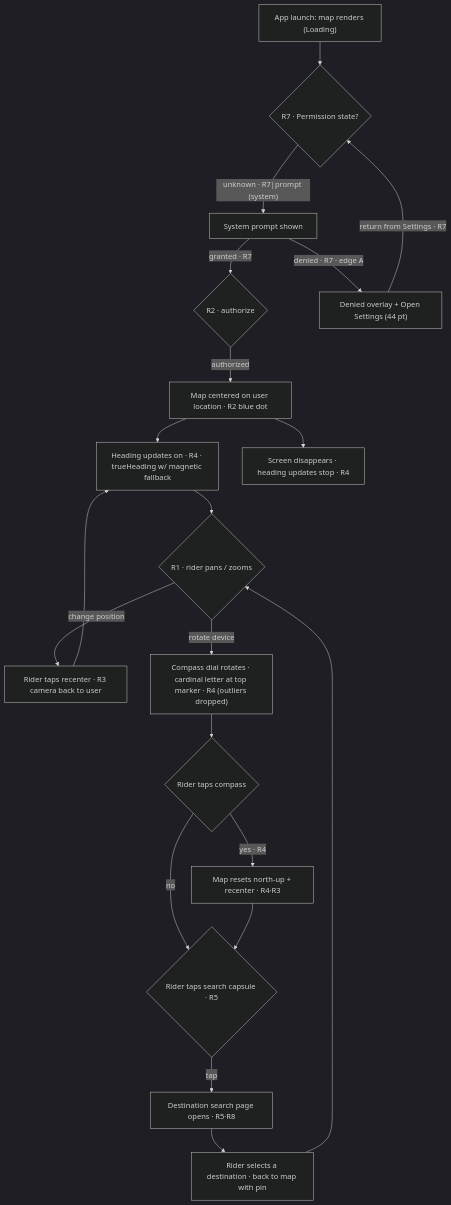
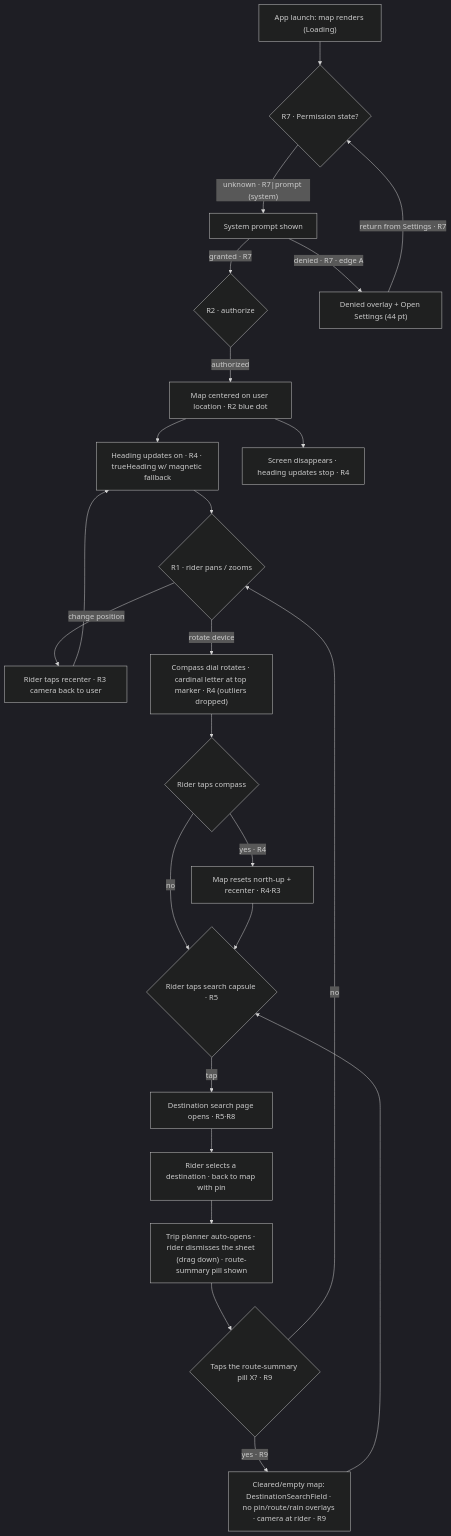
Before and after one commit to jon012906/RainDodger: the diagram in docs/flows/maps-screen.md, drawn with Mermaid (dark theme). The commit also changed other lines of this file and 17 other files, not shown here.

````diff
--- a/docs/flows/maps-screen.md
+++ b/docs/flows/maps-screen.md
@@ -64,22 +68,26 @@
 ```mermaid
 flowchart TD
   A["App launch: map renders (Loading)"] --> B{"R7 · Permission state?"}
   B -->|"unknown · R7|prompt (system)"| C["System prompt shown"]
   C -->|"granted · R7"| D{"R2 · authorize"}
   C -->|"denied · R7 · edge A"| E["Denied overlay + Open Settings (44 pt)"]
   E -->|"return from Settings · R7"| B
   D -->|"authorized"| F["Map centered on user location · R2 blue dot"]
   F --> G["Heading updates on · R4 · trueHeading w/ magnetic fallback"]
   G --> H{"R1 · rider pans / zooms"}
   H -->|"change position"| I["Rider taps recenter · R3 camera back to user"]
   I --> G
   H -->|"rotate device"| L["Compass dial rotates · cardinal letter at top marker · R4 (outliers dropped)"]
   L --> M{"Rider taps compass"}
   M -->|"yes · R4"| N["Map resets north-up + recenter · R4·R3"]
   M -->|"no"| O{"Rider taps search capsule · R5"}
   N --> O
   O -->|"tap"| P["Destination search page opens · R5·R8"]
   P --> Q["Rider selects a destination · back to map with pin"]
-  Q --> H
+  Q --> QD["Trip planner auto-opens · rider dismisses the sheet (drag down) · route-summary pill shown"]
+  QD --> CLR{"Taps the route-summary pill X? · R9"}
+  CLR -->|"yes · R9"| CLS["Cleared/empty map: DestinationSearchField · no pin/route/rain overlays · camera at rider · R9"]
+  CLS --> O
+  CLR -->|"no"| H
   F --> R["Screen disappears · heading updates stop · R4"]
 ```
````
